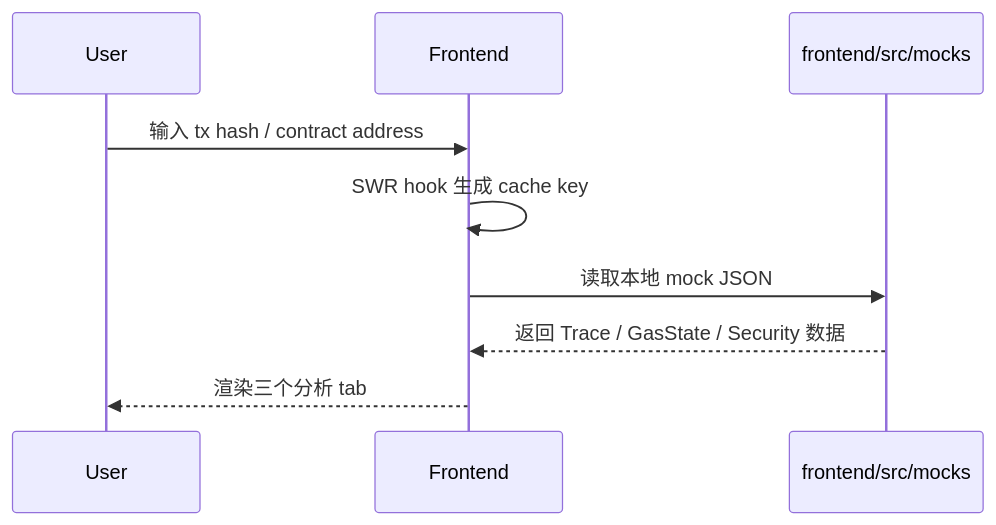
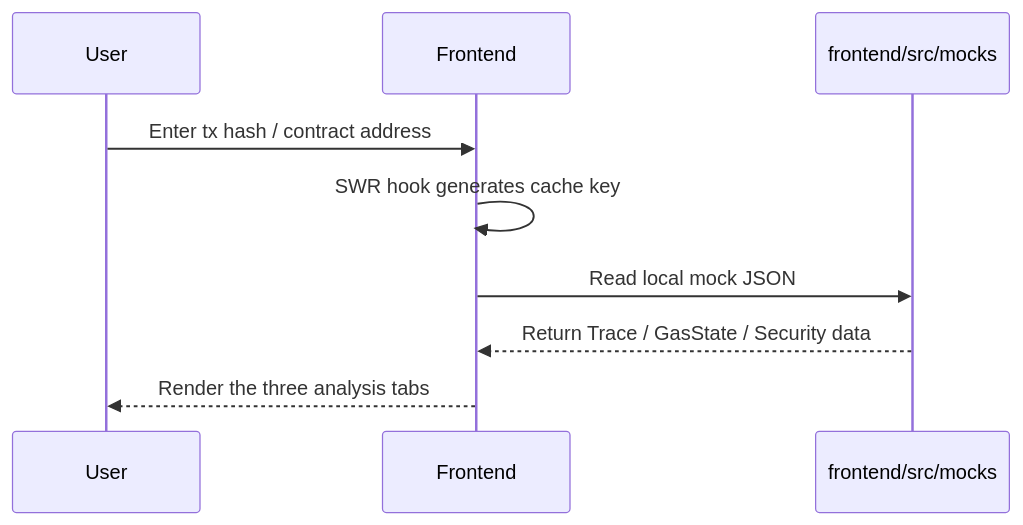
One commit to caohansg2025-cloud/EVM-Analyzer-SC6107 changed the second of 4 diagrams in docs/architecture.md. Above: the diagram before and after it, drawn with Mermaid. The commit also changed other lines of this file and 1 other file, not shown here.

Commit message:
docs: translate architecture and technical documentation to English

````diff
--- a/docs/architecture.md
+++ b/docs/architecture.md
@@ -155,12 +155,12 @@
 ```mermaid
 sequenceDiagram
     participant U as User
     participant F as Frontend
     participant M as frontend/src/mocks
 
-    U->>F: 输入 tx hash / contract address
-    F->>F: SWR hook 生成 cache key
-    F->>M: 读取本地 mock JSON
-    M-->>F: 返回 Trace / GasState / Security 数据
-    F-->>U: 渲染三个分析 tab
+    U->>F: Enter tx hash / contract address
+    F->>F: SWR hook generates cache key
+    F->>M: Read local mock JSON
+    M-->>F: Return Trace / GasState / Security data
+    F-->>U: Render the three analysis tabs
 ```
````
